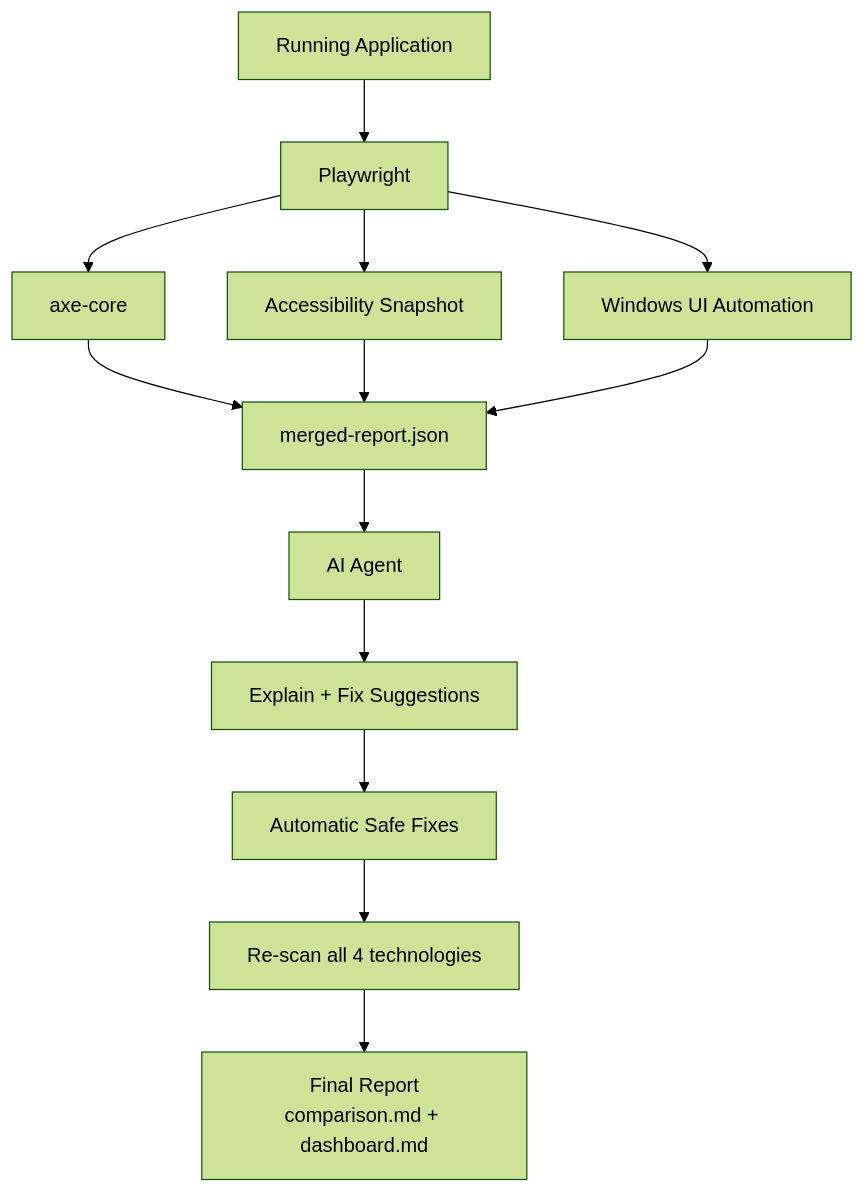
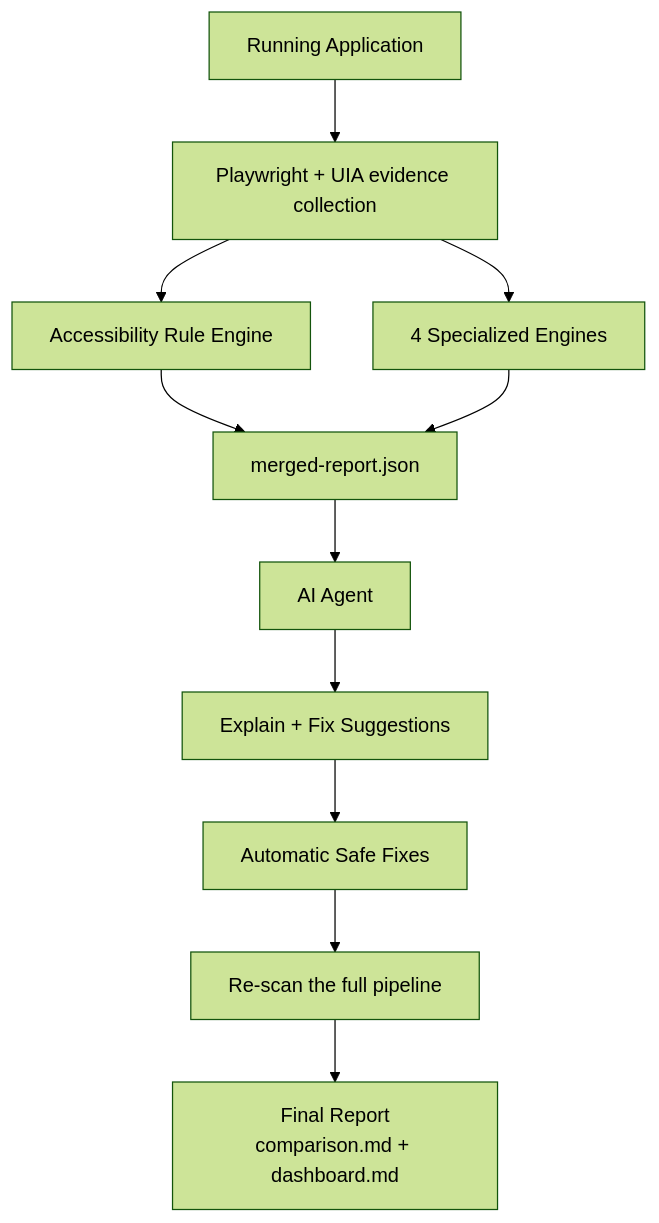
The second of 2 diagrams in ADA Harness/README.md (vivek1952p/GiftApp), drawn with Mermaid (forest theme) before and after one commit. The commit also changed other lines of this file and 60 other files, not shown here.

````diff
--- a/ADA Harness/README.md
+++ b/ADA Harness/README.md
@@ -559,15 +826,13 @@
 ```mermaid
 flowchart TD
-    A[Running Application] --> B[Playwright]
-    B --> C[axe-core]
-    B --> D[Accessibility Snapshot]
-    B --> E[Windows UI Automation]
+    A[Running Application] --> B[Playwright + UIA evidence collection]
+    B --> C[Accessibility Rule Engine]
+    B --> D[4 Specialized Engines]
     C --> F[merged-report.json]
     D --> F
-    E --> F
     F --> G[AI Agent]
     G --> H[Explain + Fix Suggestions]
     H --> I[Automatic Safe Fixes]
-    I --> J[Re-scan all 4 technologies]
+    I --> J[Re-scan the full pipeline]
     J --> K[Final Report<br/>comparison.md + dashboard.md]
 ```
````
